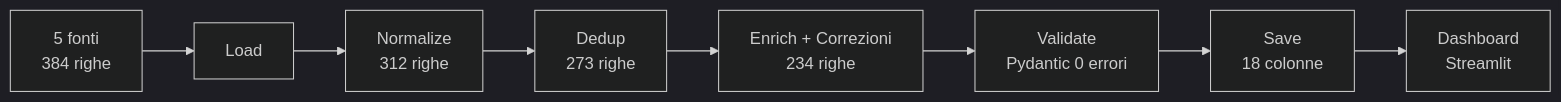
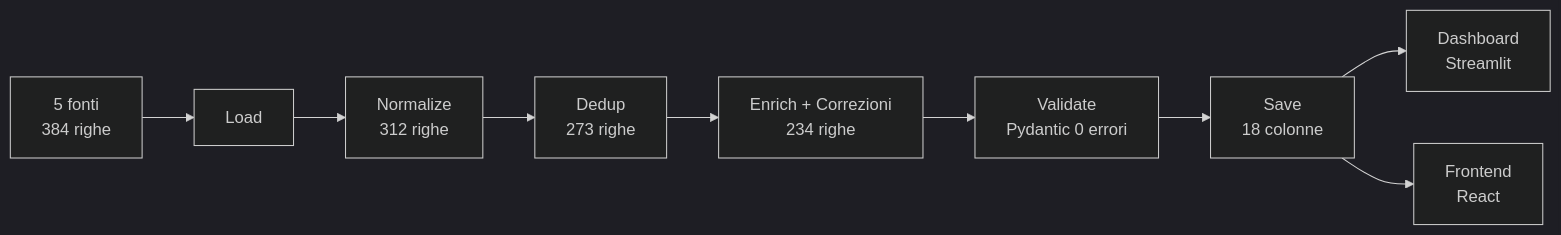
The diagram in README.md (CosimoMelella92/MIDA-Missioni-Internazionali-e-Dati-Analitici), drawn with Mermaid (dark theme) before and after one commit. The commit also changed other lines of this file and 31 other files, not shown here.

First line of the commit message:
v4.0: Frontend React + README aggiornato

````diff
--- a/README.md
+++ b/README.md
@@ -118,10 +117,11 @@
 ```mermaid
 graph LR
     A[5 fonti<br/>384 righe] --> B[Load]
     B --> C[Normalize<br/>312 righe]
     C --> D[Dedup<br/>273 righe]
     D --> E[Enrich + Correzioni<br/>234 righe]
     E --> F[Validate<br/>Pydantic 0 errori]
     F --> G[Save<br/>18 colonne]
     G --> H[Dashboard<br/>Streamlit]
+    G --> I[Frontend<br/>React]
 ```
````
